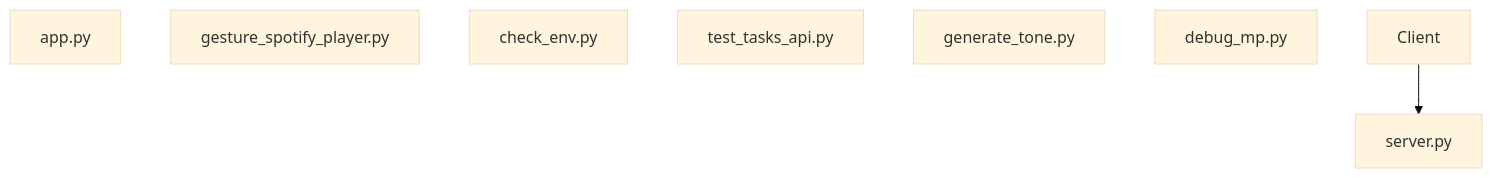
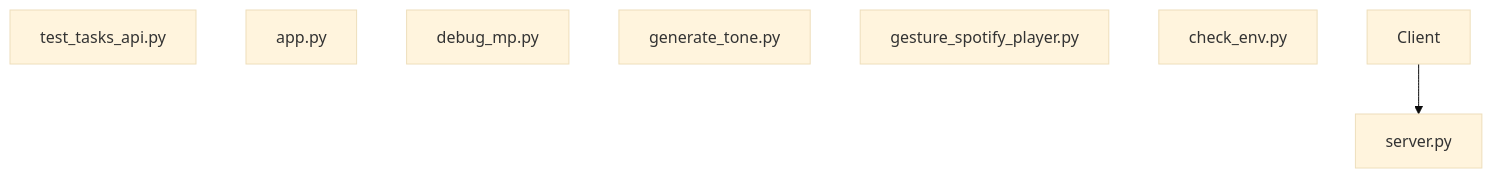
One commit to NITISH-R-G/PalmPlay changed the diagram in diagrams/architecture.mermaid. Above: the diagram before and after it, drawn with Mermaid (base theme). The commit also changed other lines of this file and 3 other files, not shown here.

Commit message:
docs(auto): Update repository architecture and README [skip ci]

```diff
--- a/diagrams/architecture.mermaid
+++ b/diagrams/architecture.mermaid
@@ -1,9 +1,9 @@
 graph TD;
+    test_tasks_api["test_tasks_api.py"];
     app["app.py"];
+    debug_mp["debug_mp.py"];
+    generate_tone["generate_tone.py"];
+    server["server.py"];
     gesture_spotify_player["gesture_spotify_player.py"];
     check_env["check_env.py"];
-    test_tasks_api["test_tasks_api.py"];
-    generate_tone["generate_tone.py"];
-    debug_mp["debug_mp.py"];
-    server["server.py"];
     Client --> server;
```
